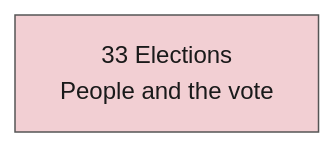
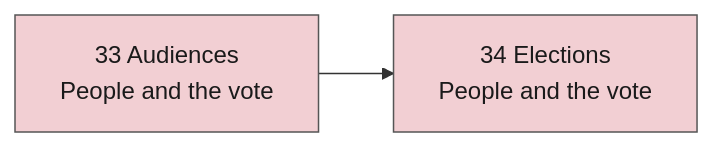
The fifth of 5 diagrams in docs/tick-order.md (powerbassist/World-simulator), drawn with Mermaid before and after one commit. The commit also changed other lines of this file and 26 other files, not shown here.

````diff
--- a/docs/tick-order.md
+++ b/docs/tick-order.md
@@ -105,11 +105,12 @@
 ```mermaid
 flowchart LR
-  s33["33 Elections<br/>People and the vote"]:::g5
-  s33
+  s33["33 Audiences<br/>People and the vote"]:::g5
+  s34["34 Elections<br/>People and the vote"]:::g5
+  s33 --> s34
   classDef g0 fill:#cfe3f7,stroke:#555,color:#1a1a1a
   classDef g1 fill:#f6dcc2,stroke:#555,color:#1a1a1a
   classDef g2 fill:#dccff0,stroke:#555,color:#1a1a1a
   classDef g3 fill:#cdebd3,stroke:#555,color:#1a1a1a
   classDef g4 fill:#f3e7b5,stroke:#555,color:#1a1a1a
   classDef g5 fill:#f2cfd3,stroke:#555,color:#1a1a1a
 ```
````
